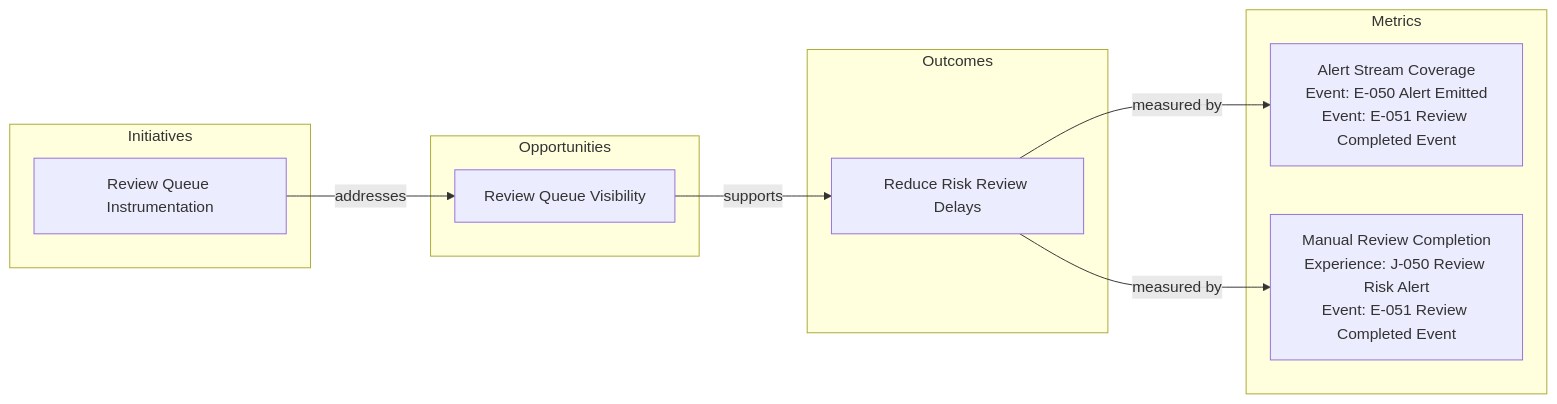
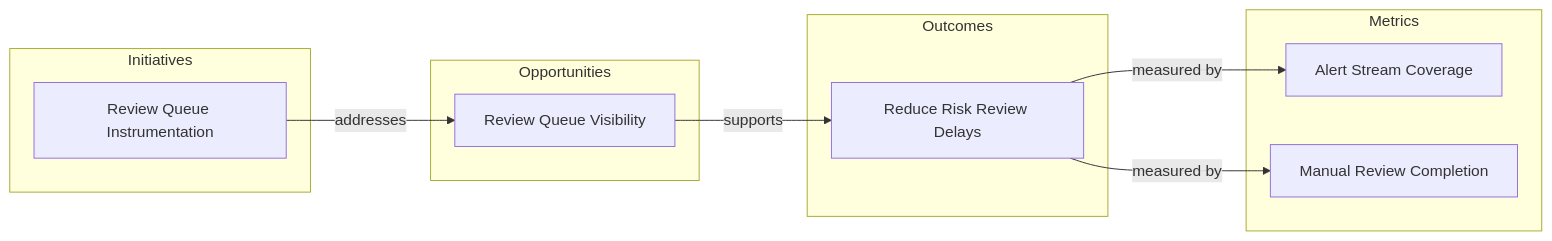
Before and after one commit to knutopia/Structured-Design-Documents: the diagram in examples/rendered/v0.1/outcome_opportunity_map_diagram_type/metric_event_instrumentation_example/simple_profile/metric_event_instrumentation.outcome_opportunity_map.mmd, drawn with Mermaid. The commit also changed 42 other files, not shown here.

```diff
--- a/examples/rendered/v0.1/outcome_opportunity_map_diagram_type/metric_event_instrumentation_example/simple_profile/metric_event_instrumentation.outcome_opportunity_map.mmd
+++ b/examples/rendered/v0.1/outcome_opportunity_map_diagram_type/metric_event_instrumentation_example/simple_profile/metric_event_instrumentation.outcome_opportunity_map.mmd
@@ -1,18 +1,18 @@
 flowchart LR
   subgraph n_initiative["Initiatives"]
     n_I_050["Review Queue Instrumentation"]
   end
   subgraph n_opportunity["Opportunities"]
     n_OP_050["Review Queue Visibility"]
   end
   subgraph n_outcome["Outcomes"]
     n_O_050["Reduce Risk Review Delays"]
   end
   subgraph n_metric["Metrics"]
-    n_M_050["Alert Stream Coverage<br/>Event: E-050 Alert Emitted<br/>Event: E-051 Review Completed Event"]
-    n_M_051["Manual Review Completion<br/>Experience: J-050 Review Risk Alert<br/>Event: E-051 Review Completed Event"]
+    n_M_050["Alert Stream Coverage"]
+    n_M_051["Manual Review Completion"]
   end
   n_I_050 -->|addresses| n_OP_050
   n_O_050 -->|measured by| n_M_050
   n_O_050 -->|measured by| n_M_051
   n_OP_050 -->|supports| n_O_050
```
